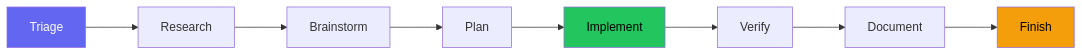
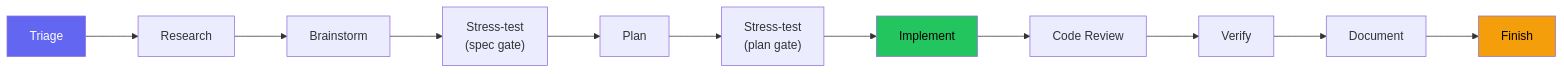
Before and after one commit to DollarDill/beads-superpowers: the first of 3 diagrams in docs/en/workflow.md, drawn with Mermaid. The commit also changed other lines of this file and 1 other file, not shown here.

````diff
--- a/docs/en/workflow.md
+++ b/docs/en/workflow.md
@@ -13,20 +15,23 @@
 ```mermaid
 ---
 config:
   flowchart:
     nodeSpacing: 70
     rankSpacing: 70
 ---
 graph LR
   T[Triage] --> R[Research]
   R --> B[Brainstorm]
-  B --> P[Plan]
-  P --> I[Implement]
-  I --> V[Verify]
+  B --> S1["Stress-test<br/>(spec gate)"]
+  S1 --> P[Plan]
+  P --> S2["Stress-test<br/>(plan gate)"]
+  S2 --> I[Implement]
+  I --> C[Code Review]
+  C --> V[Verify]
   V --> D[Document]
   D --> F[Finish]
 
   style T fill:#6366f1,color:#fff
   style I fill:#22c55e,color:#000
   style F fill:#f59e0b,color:#000
 ```
````
